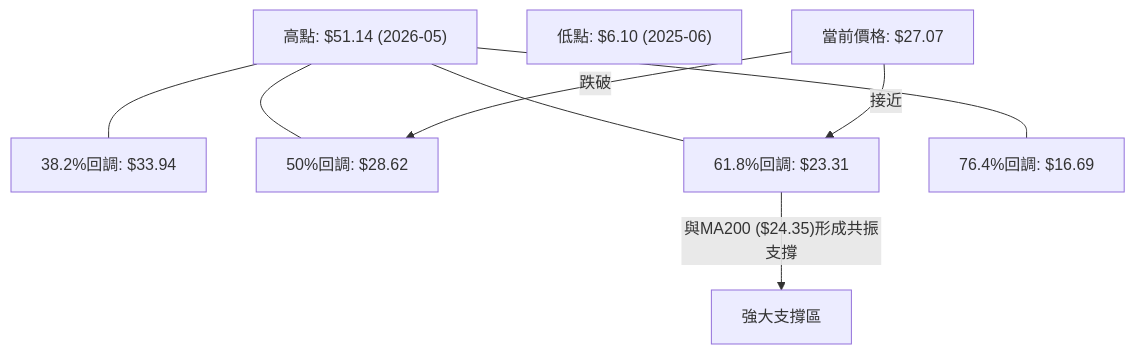
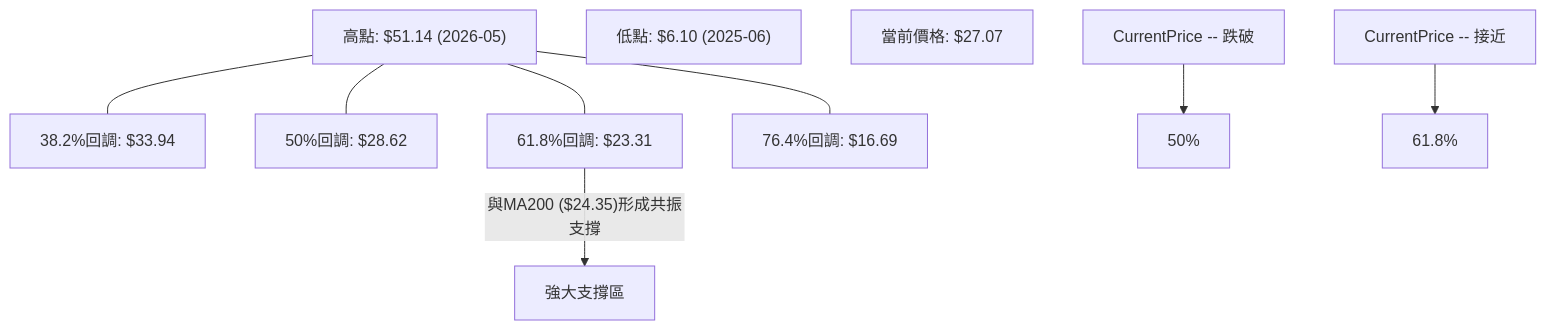
The fifth of 6 diagrams in ai_gen_report/stock/pl/technical_analysis_2026-06-27_gemini.md (yennanliu/finance_data), drawn with Mermaid before and after one commit. The commit also changed other lines of this file and 2258 other files, not shown here.

First line of the commit message:
chore: backfill Mermaid syntax repair across existing reports

````diff
--- a/ai_gen_report/stock/pl/technical_analysis_2026-06-27_gemini.md
+++ b/ai_gen_report/stock/pl/technical_analysis_2026-06-27_gemini.md
@@ -409,15 +409,15 @@
 ```mermaid
 graph TD
     High["高點: $51.14 (2026-05)"]
     Low["低點: $6.10 (2025-06)"]
     CurrentPrice["當前價格: $27.07"]
 
     High --- 38.2%["38.2%回調: $33.94"]
     High --- 50%["50%回調: $28.62"]
     High --- 61.8%["61.8%回調: $23.31"]
     High --- 76.4%["76.4%回調: $16.69"]
 
-    CurrentPrice -- 跌破 --> 50%
-    CurrentPrice -- 接近 --> 61.8%
+    nb1["CurrentPrice -- 跌破"] --> nb2["50%"]
+    nb3["CurrentPrice -- 接近"] --> nb4["61.8%"]
     61.8% -- "與MA200 ($24.35)形成共振支撐" --> StrongSupport["強大支撐區"]
 ```
````
